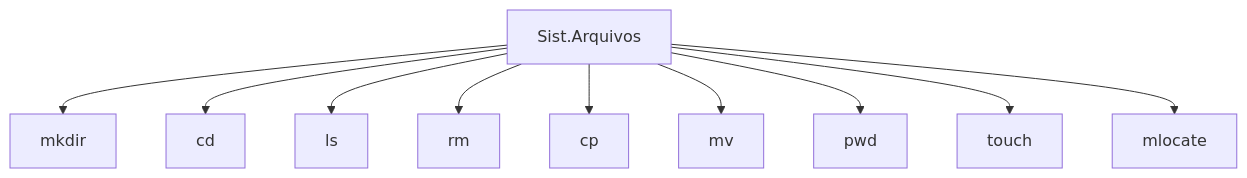
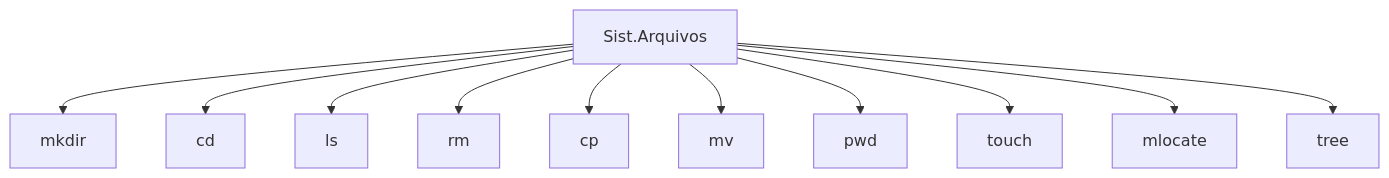
The second of 8 diagrams in linux/ComandosBasicos.md (jppreti/documents), drawn with Mermaid before and after one commit. The commit also changed other lines of this file and 2 other files, not shown here.

````diff
--- a/linux/ComandosBasicos.md
+++ b/linux/ComandosBasicos.md
@@ -23,21 +23,23 @@
 ```mermaid
 flowchart TD
     Sist.Arquivos-->mkdir
     Sist.Arquivos-->cd
     Sist.Arquivos-->ls
     Sist.Arquivos-->rm
     Sist.Arquivos-->cp
     Sist.Arquivos-->mv
     Sist.Arquivos-->pwd
     Sist.Arquivos-->touch
     Sist.Arquivos-->mlocate
+    Sist.Arquivos-->tree
     click mkdir "https://github.com/jppreti/documents/blob/main/linux/ComandosBasicos.md#mkdir"
     click cd "https://github.com/jppreti/documents/blob/main/linux/ComandosBasicos.md#cd"
     click ls "https://github.com/jppreti/documents/blob/main/linux/ComandosBasicos.md#ls"
     click rm "https://github.com/jppreti/documents/blob/main/linux/ComandosBasicos.md#rm"
     click cp "https://github.com/jppreti/documents/blob/main/linux/ComandosBasicos.md#cp"
     click mv "https://github.com/jppreti/documents/blob/main/linux/ComandosBasicos.md#mv"
     click pwd "https://github.com/jppreti/documents/blob/main/linux/ComandosBasicos.md#pwd"
     click touch "https://github.com/jppreti/documents/blob/main/linux/ComandosBasicos.md#touch"
     click mlocate "https://github.com/jppreti/documents/blob/main/linux/ComandosBasicos.md#mlocate"
+    click tree "https://github.com/jppreti/documents/blob/main/linux/ComandosBasicos.md#tree"
 ```
````
